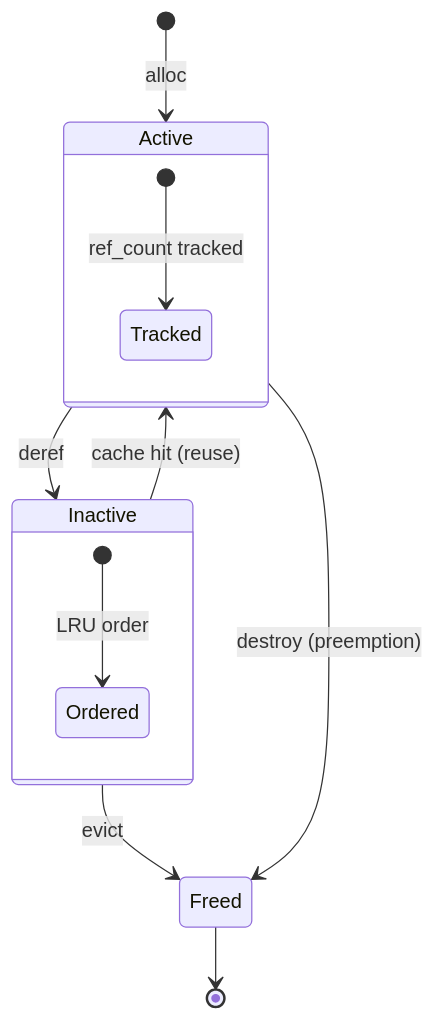
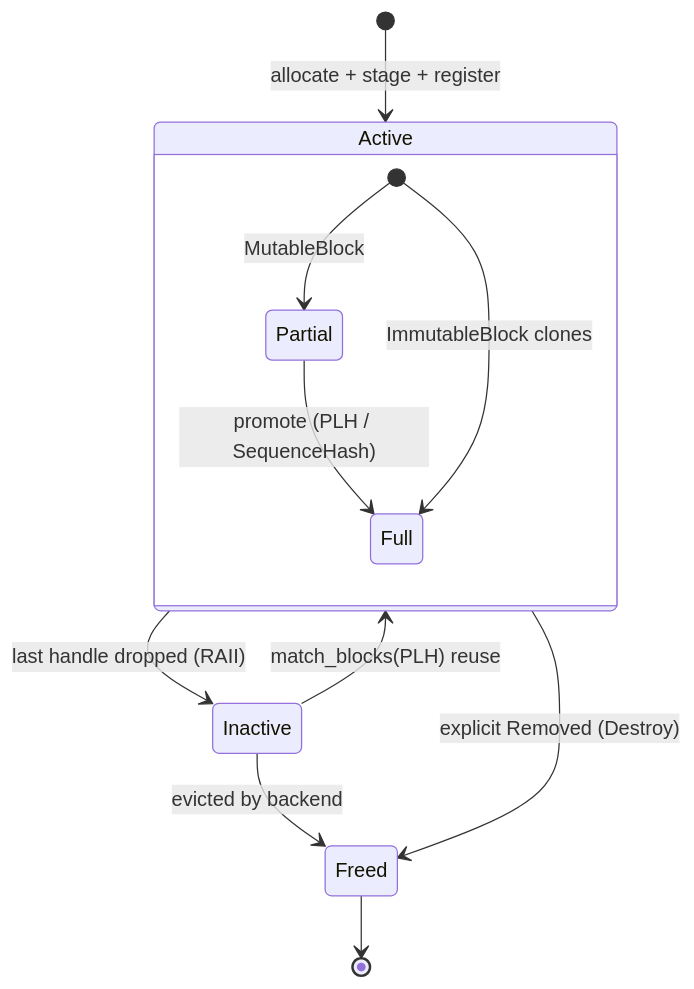
Before and after one commit to ai-dynamo/dynamo: the diagram in docs/mocker/mocker.md, drawn with Mermaid. The commit also changed other lines of this file, not shown here.

Commit message:
sync mocker.md kv block manager section to kvbm-logical + raii

````diff
--- a/docs/mocker/mocker.md
+++ b/docs/mocker/mocker.md
@@ -400,16 +400,15 @@
 ```mermaid
 stateDiagram-v2
-    [*] --> Active : alloc
-    Active --> Inactive : deref
-    Inactive --> Active : cache hit (reuse)
-    Inactive --> Freed : evict
-    Active --> Freed : destroy (preemption)
+    [*] --> Active : allocate + stage + register
+    Active --> Inactive : last handle dropped (RAII)
+    Inactive --> Active : match_blocks(PLH) reuse
+    Inactive --> Freed : evicted by backend
+    Active --> Freed : explicit Removed (Destroy)
     Freed --> [*]
 
     state Active {
-        [*] --> Tracked : ref_count tracked
-    }
-    state Inactive {
-        [*] --> Ordered : LRU order
+        [*] --> Partial : MutableBlock<G1>
+        Partial --> Full : promote (PLH / SequenceHash)
+        [*] --> Full : ImmutableBlock<G1> clones
     }
 ```
````
